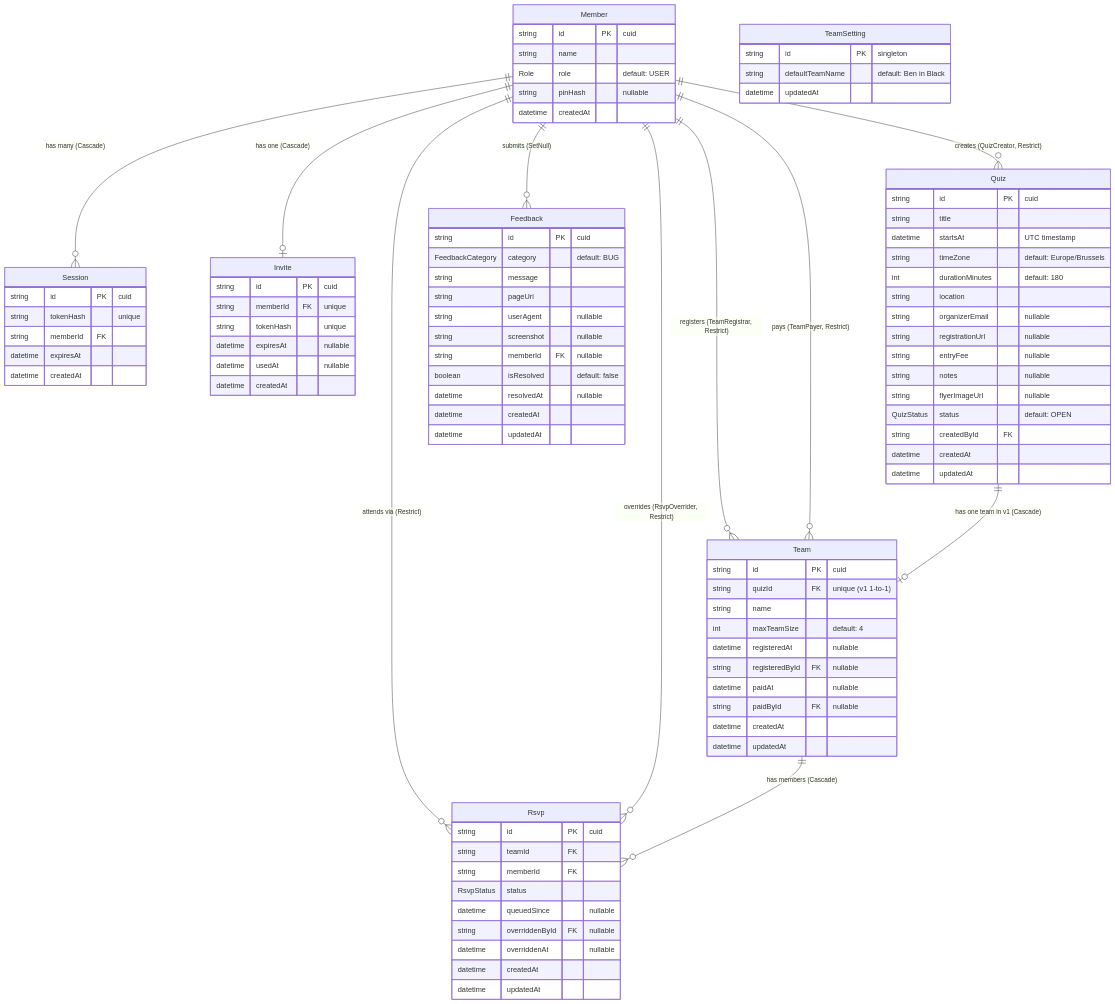
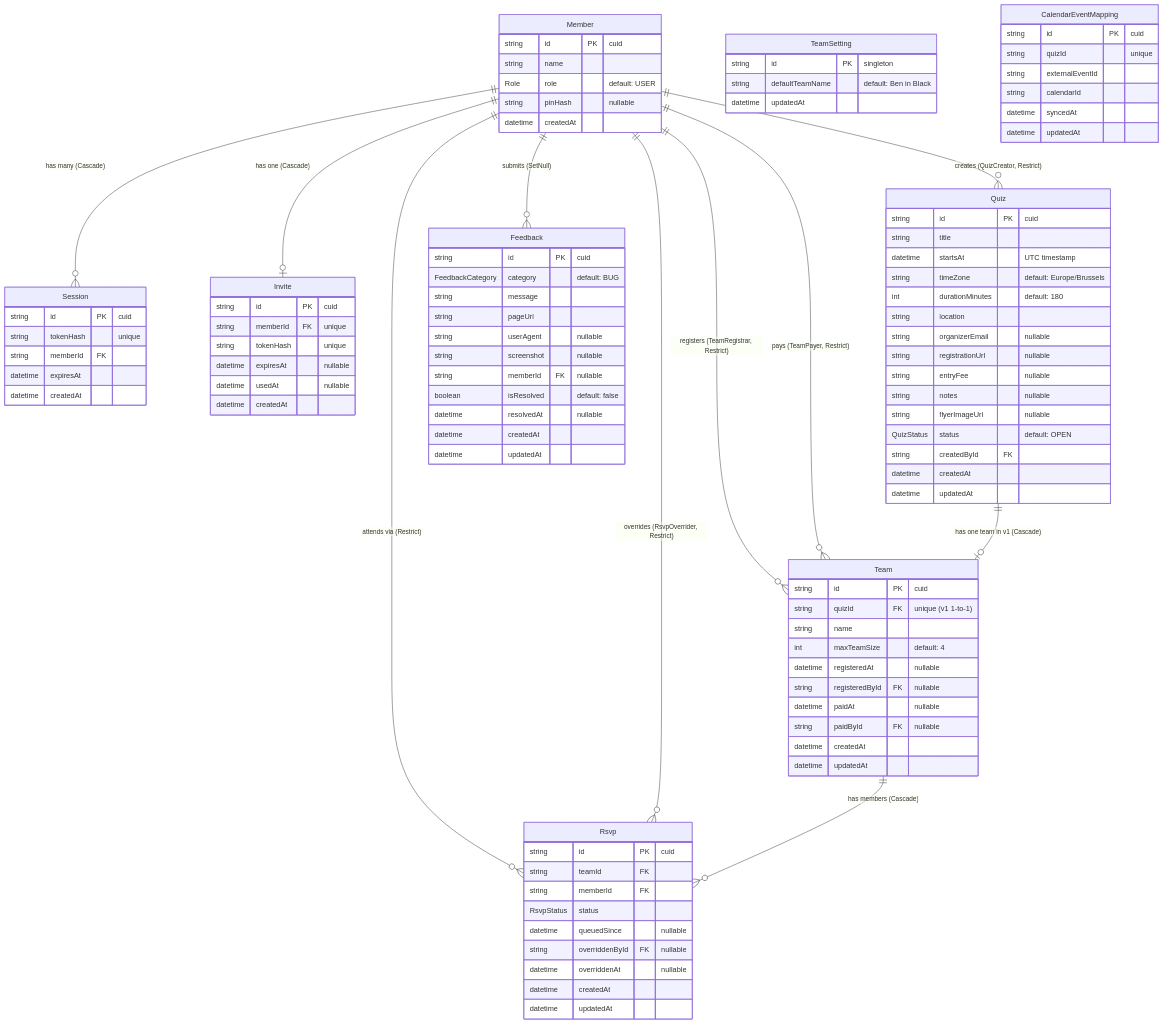
One commit to Controlix/be-quiz changed the diagram in docs/database/schema.md. Above: the diagram before and after it, drawn with Mermaid. The commit also changed other lines of this file and 47 other files, not shown here.

First line of the commit message:
feat(calendar): implement shared Google Calendar integration and domain event bus (v2.0.0)

```diff
--- a/docs/database/schema.md
+++ b/docs/database/schema.md
@@ -95,6 +95,15 @@
         datetime updatedAt
     }
 
+    CalendarEventMapping {
+        string id PK "cuid"
+        string quizId "unique"
+        string externalEventId
+        string calendarId
+        datetime syncedAt
+        datetime updatedAt
+    }
+
     Feedback {
         string id PK "cuid"
         FeedbackCategory category "default: BUG"
```
